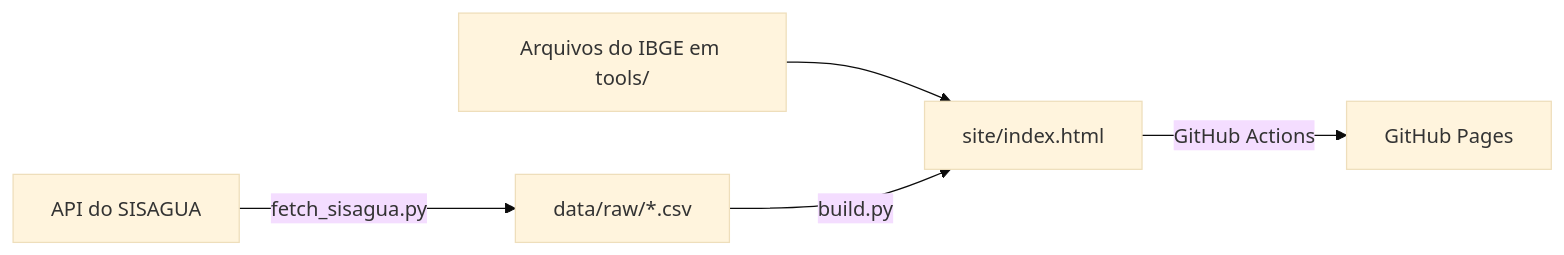
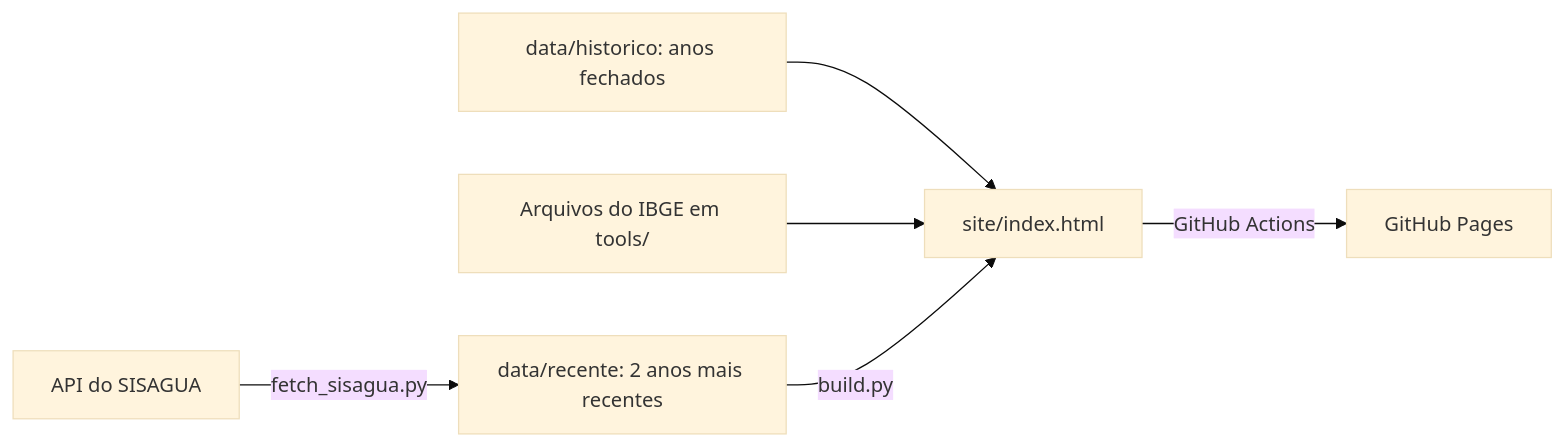
One commit to LUCASEPITACIO12/agua-em-alagoas changed the diagram in README.md. Above: the diagram before and after it, drawn with Mermaid (base theme). The commit also changed other lines of this file, not shown here.

First line of the commit message:
Revise data fetching and processing instructions

````diff
--- a/README.md
+++ b/README.md
@@ -13,7 +13,8 @@
 ```mermaid
 flowchart LR
-    A[API do SISAGUA] -->|fetch_sisagua.py| B[data/raw/*.csv]
+    A[API do SISAGUA] -->|fetch_sisagua.py| R["data/recente: 2 anos mais recentes"]
+    H["data/historico: anos fechados"] --> D
     C[Arquivos do IBGE em tools/] --> D
-    B -->|build.py| D[site/index.html]
+    R -->|build.py| D[site/index.html]
     D -->|GitHub Actions| E[GitHub Pages]
 ```
````
